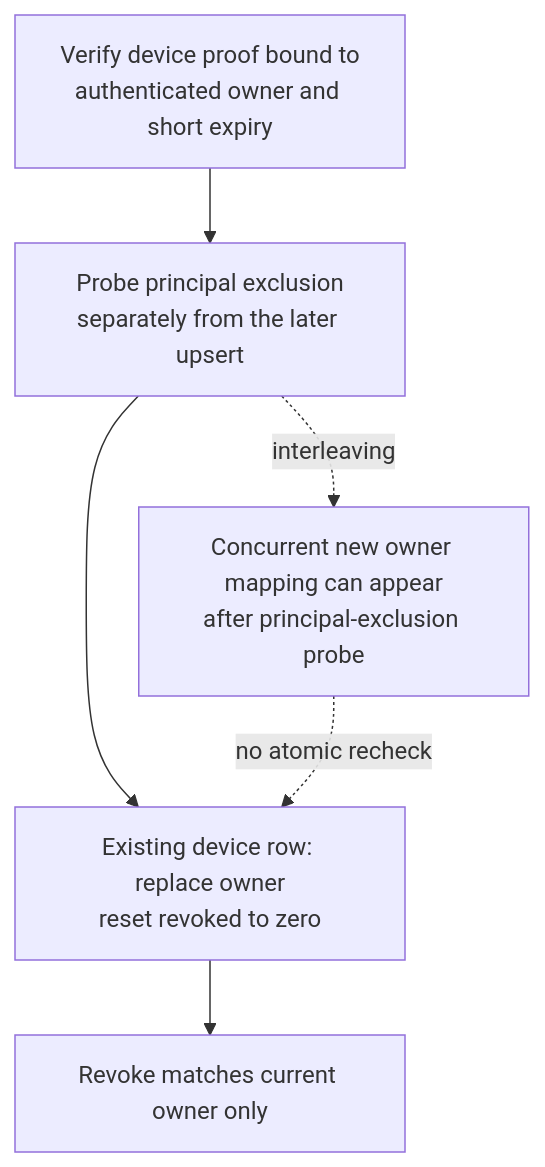
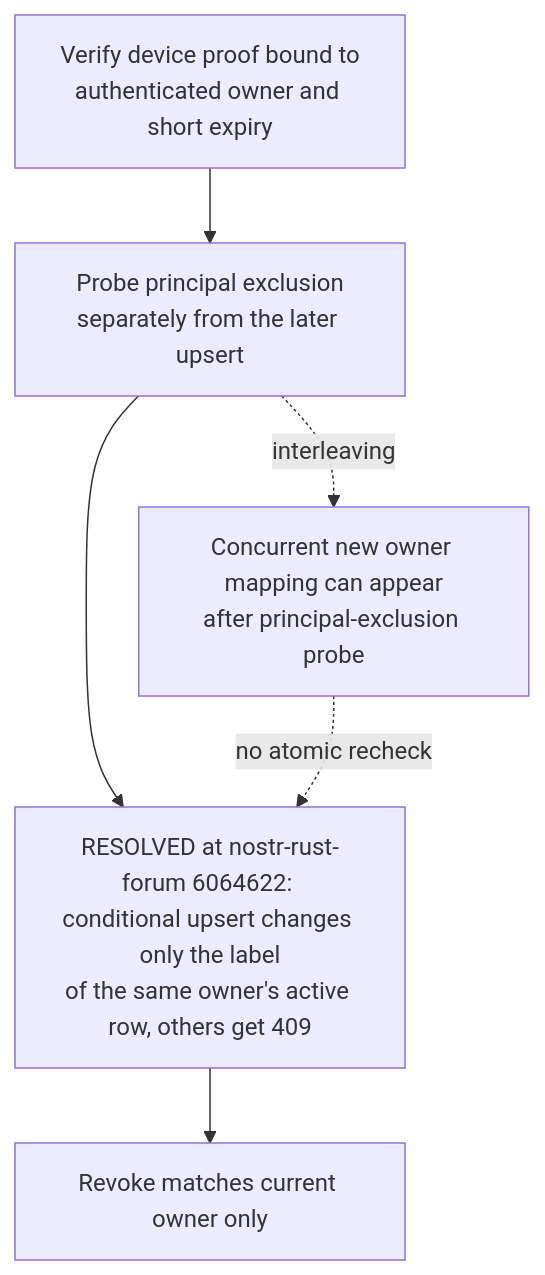
One commit to DreamLab-AI/VisionFlow changed the third of 6 diagrams in docs/diagrams/nostr-rust-forum/20-device-keys-contracts-and-revocation.md. Above: the diagram before and after it, drawn with Mermaid. The commit also changed other lines of this file and 59 other files, not shown here.

First line of the commit message:
docs(diagrams): re-derive and re-stamp forum, website, pod, ontomark and sealmap topics

````diff
--- a/docs/diagrams/nostr-rust-forum/20-device-keys-contracts-and-revocation.md
+++ b/docs/diagrams/nostr-rust-forum/20-device-keys-contracts-and-revocation.md
@@ -80,16 +80,16 @@
 ```mermaid
 flowchart TB
-    %% Source: ../nostr-rust-forum/crates/nostr-bbs-auth-worker/src/devices.rs:383
+    %% Source: ../nostr-rust-forum/crates/nostr-bbs-auth-worker/src/devices.rs:398
     A["Verify device proof bound to<br/>authenticated owner and short expiry"]
-    %% Source: ../nostr-rust-forum/crates/nostr-bbs-auth-worker/src/devices.rs:398
+    %% Source: ../nostr-rust-forum/crates/nostr-bbs-auth-worker/src/devices.rs:413
     B["Probe principal exclusion<br/>separately from the later upsert"]
-    %% Source: ../nostr-rust-forum/crates/nostr-bbs-auth-worker/src/devices.rs:416
-    C["Existing device row: replace owner<br/>reset revoked to zero"]
-    %% Source: ../nostr-rust-forum/crates/nostr-bbs-auth-worker/src/devices.rs:511
+    %% Source: ../nostr-rust-forum/crates/nostr-bbs-auth-worker/src/devices.rs:331
+    C["RESOLVED at nostr-rust-forum 6064622: conditional upsert changes only the label<br/>of the same owner's active row, others get 409"]
+    %% Source: ../nostr-rust-forum/crates/nostr-bbs-auth-worker/src/devices.rs:526
     D["Revoke matches current owner only"]
     %% Source: ../nostr-rust-forum/crates/nostr-bbs-auth-worker/src/devices.rs:293
     E["Concurrent new owner mapping can appear<br/>after principal-exclusion probe"]
     A --> B --> C --> D
     B -. interleaving .-> E
     E -. no atomic recheck .-> C
 ```
````
